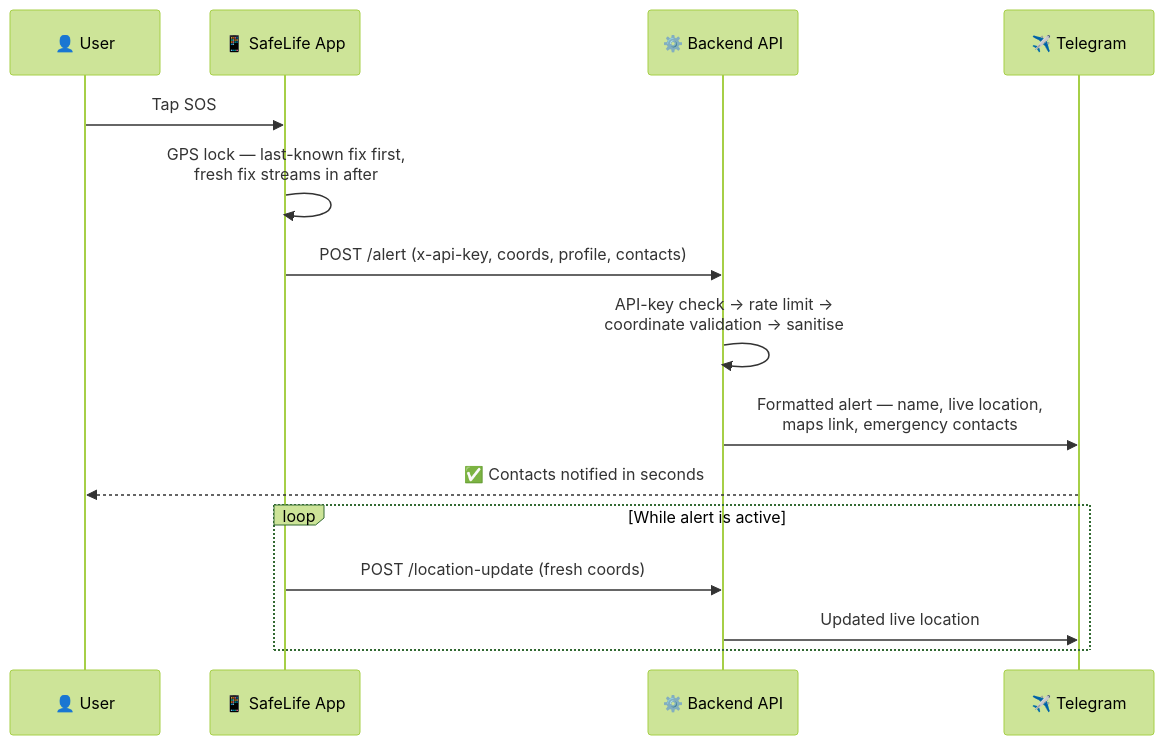
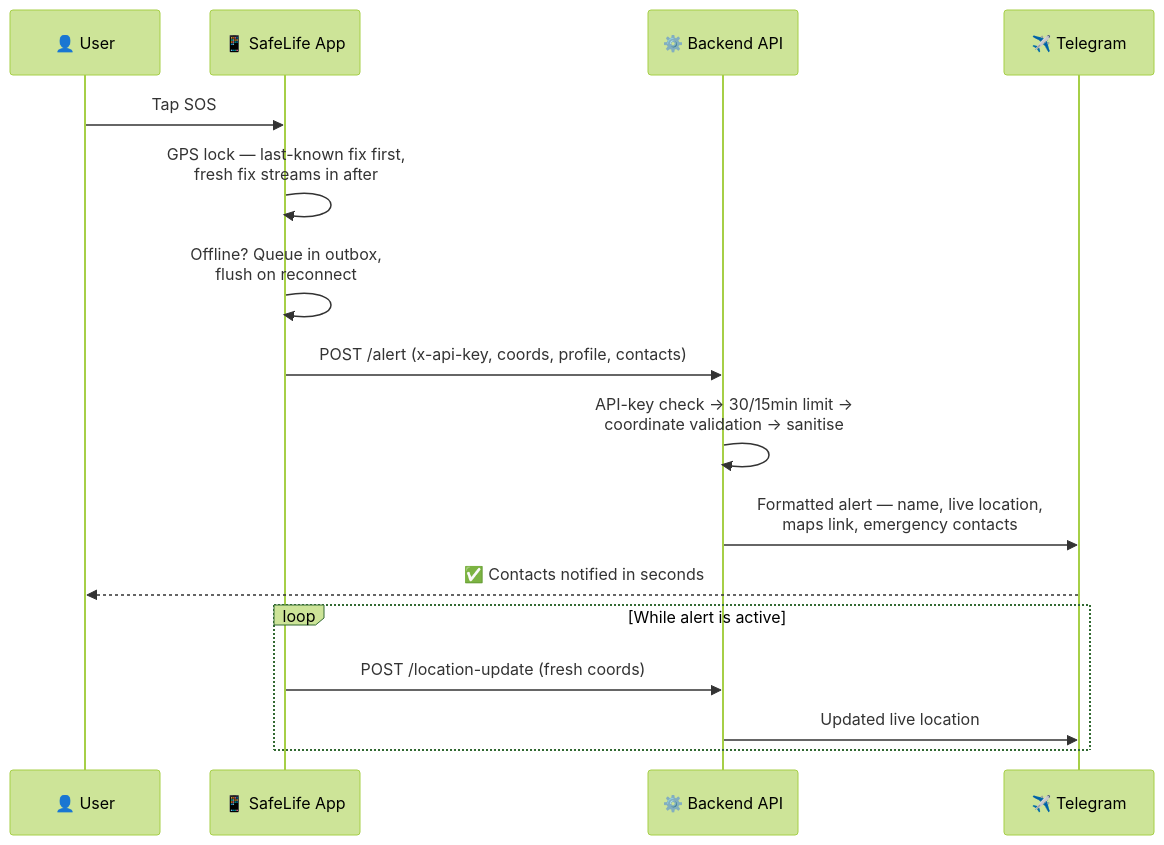
One commit to r1shabhsharma05/Saftey-App changed the second of 2 diagrams in README.md. Above: the diagram before and after it, drawn with Mermaid (forest theme). The commit also changed other lines of this file and 1 other file, not shown here.

Commit message:
docs: rewrite README — full showcase, stack, architecture, animated SOS flow

````diff
--- a/README.md
+++ b/README.md
@@ -74,17 +195,18 @@
 ```mermaid
 sequenceDiagram
     participant U as 👤 User
     participant App as 📱 SafeLife App
     participant API as ⚙️ Backend API
     participant TG as ✈️ Telegram
     U->>App: Tap SOS
     App->>App: GPS lock — last-known fix first,<br/>fresh fix streams in after
+    App->>App: Offline? Queue in outbox,<br/>flush on reconnect
     App->>API: POST /alert (x-api-key, coords, profile, contacts)
-    API->>API: API-key check → rate limit →<br/>coordinate validation → sanitise
+    API->>API: API-key check → 30/15min limit →<br/>coordinate validation → sanitise
     API->>TG: Formatted alert — name, live location,<br/>maps link, emergency contacts
     TG-->>U: ✅ Contacts notified in seconds
     loop While alert is active
         App->>API: POST /location-update (fresh coords)
         API->>TG: Updated live location
     end
 ```
````
